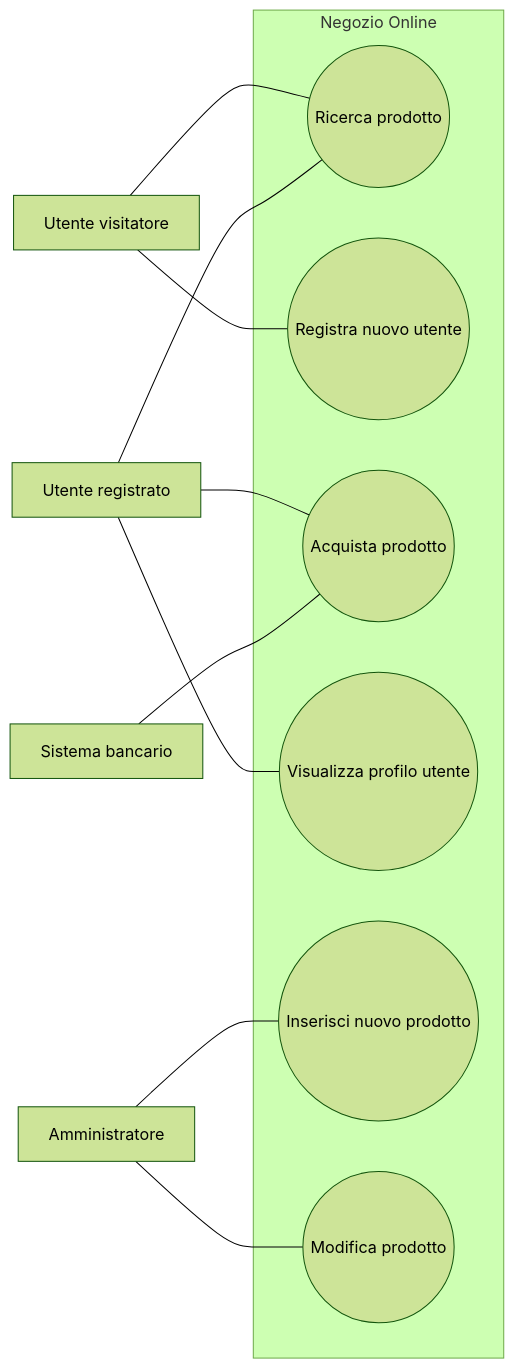
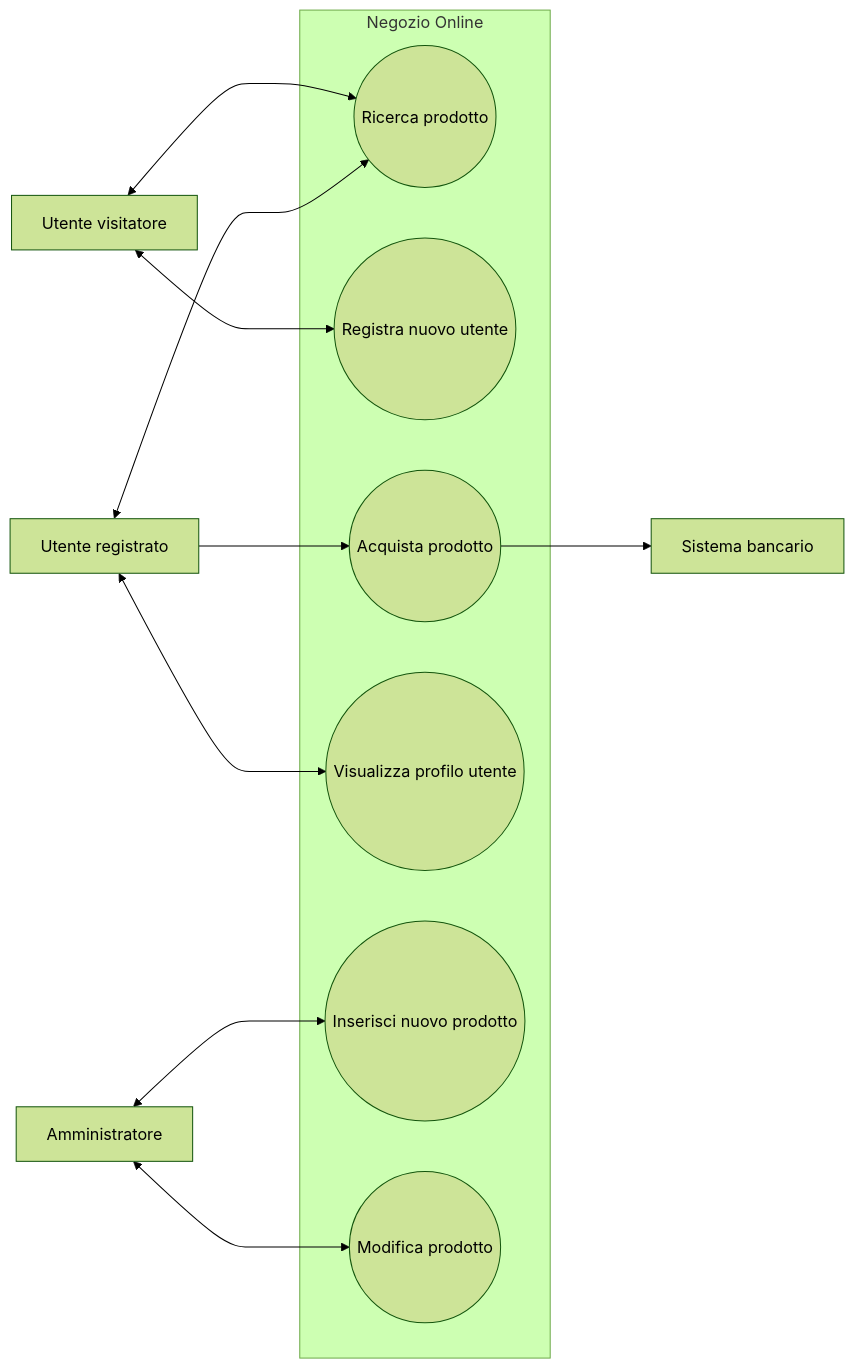
Before and after one commit to prof-davidaffo/didattica: the fourth of 15 diagrams in content/Argomenti/Requisiti e documentazione/Requisiti e documentazione del software.md, drawn with Mermaid (forest theme). The commit also changed other lines of this file and 7 other files, not shown here.

````diff
--- a/content/Argomenti/Requisiti e documentazione/Requisiti e documentazione del software.md
+++ b/content/Argomenti/Requisiti e documentazione/Requisiti e documentazione del software.md
@@ -804,28 +840,28 @@
 ```mermaid
 flowchart LR
     UV[Utente visitatore]
     UR[Utente registrato]
     A[Amministratore]
     SB[Sistema bancario]
 
     subgraph NO[Negozio Online]
         UC1((Ricerca prodotto))
         UC2((Registra nuovo utente))
         UC3((Acquista prodotto))
         UC4((Visualizza profilo utente))
         UC5((Inserisci nuovo prodotto))
         UC6((Modifica prodotto))
     end
 
-    UV --- UC1
-    UV --- UC2
+    UV <---> UC1
+    UV <---> UC2
 
-    UR --- UC1
-    UR --- UC3
-    UR --- UC4
+    UR <---> UC1
+    UR ---> UC3
+    UR <---> UC4
 
-    A --- UC5
-    A --- UC6
+    A <---> UC5
+    A <---> UC6
 
-    SB --- UC3
+    UC3 ---> SB
 ```
````
